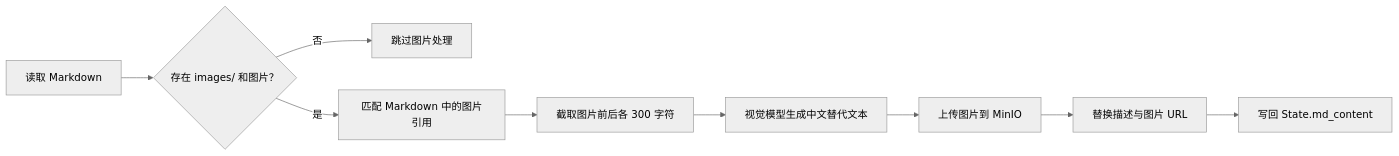
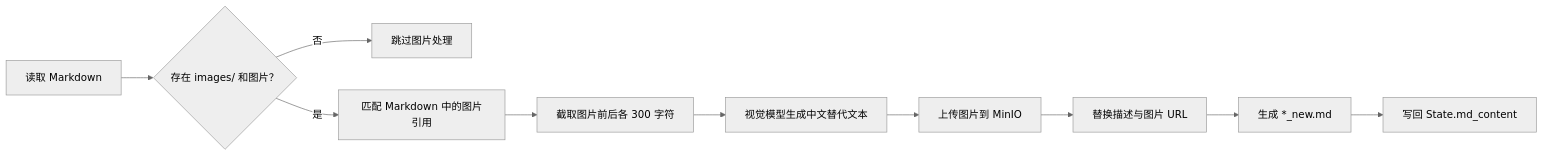
The fourth of 6 diagrams in README.md (Tiiauo/RAGProject), drawn with Mermaid (neutral theme) before and after one commit. The commit also changed other lines of this file and 10 other files, not shown here.

````diff
--- a/README.md
+++ b/README.md
@@ -102,11 +103,12 @@
 ```mermaid
 flowchart LR
     Read["读取 Markdown"] --> Images{"存在 images/ 和图片？"}
     Images -->|否| Skip["跳过图片处理"]
     Images -->|是| Match["匹配 Markdown 中的图片引用"]
     Match --> Context["截取图片前后各 300 字符"]
     Context --> Vision["视觉模型生成中文替代文本"]
     Vision --> Upload["上传图片到 MinIO"]
     Upload --> Replace["替换描述与图片 URL"]
-    Replace --> State["写回 State.md_content"]
+    Replace --> Save["生成 *_new.md"]
+    Save --> State["写回 State.md_content"]
 ```
````
